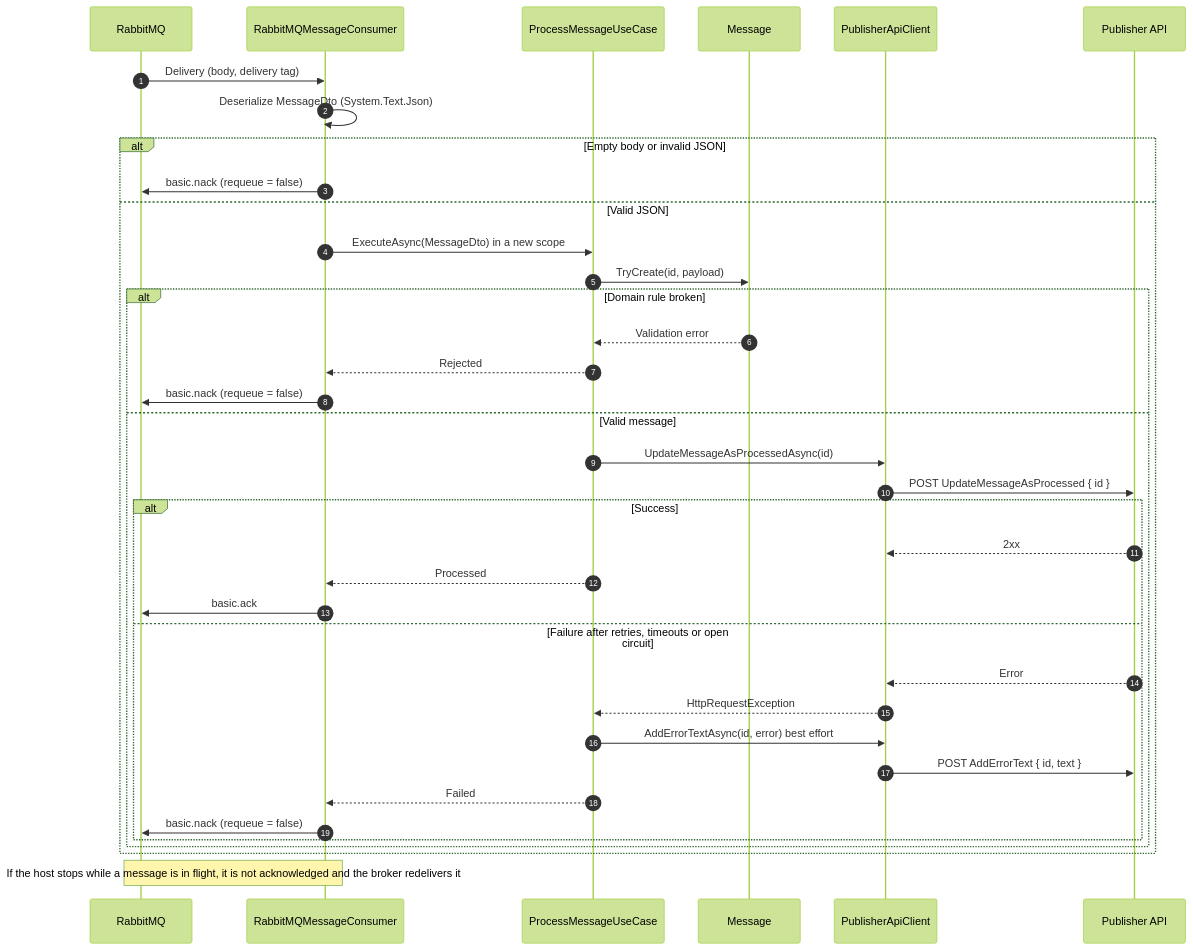
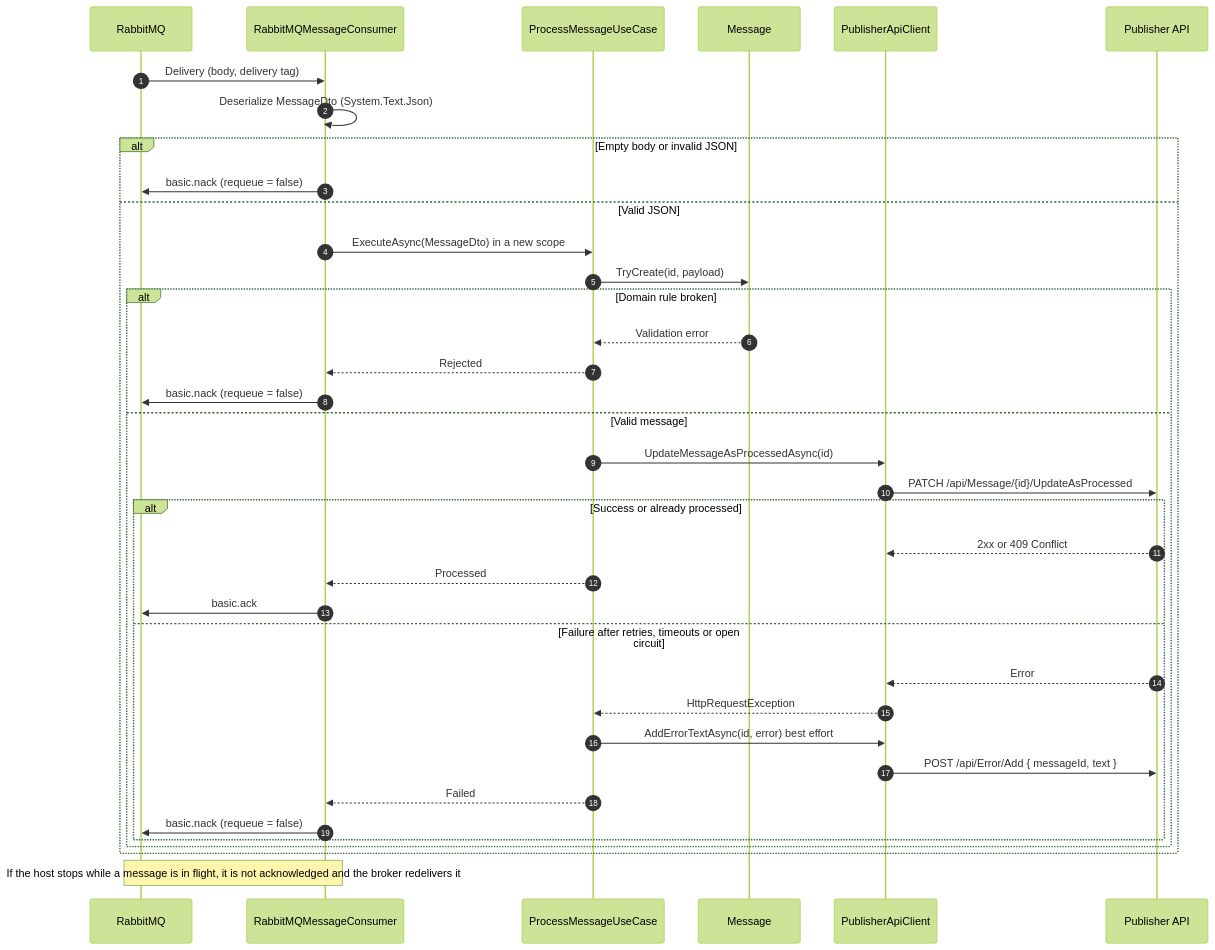
Before and after one commit to Judamaro/rabbitmqconsumer-dotnet: the third of 5 diagrams in README.md, drawn with Mermaid (forest theme). The commit also changed other lines of this file and 11 other files, not shown here.

````diff
--- a/README.md
+++ b/README.md
@@ -68,40 +76,40 @@
 ```mermaid
 sequenceDiagram
     autonumber
     participant Broker as RabbitMQ
     participant Consumer as RabbitMQMessageConsumer
     participant UseCase as ProcessMessageUseCase
     participant Domain as Message
     participant Client as PublisherApiClient
     participant Api as Publisher API
 
     Broker->>Consumer: Delivery (body, delivery tag)
     Consumer->>Consumer: Deserialize MessageDto (System.Text.Json)
     alt Empty body or invalid JSON
         Consumer->>Broker: basic.nack (requeue = false)
     else Valid JSON
         Consumer->>UseCase: ExecuteAsync(MessageDto) in a new scope
         UseCase->>Domain: TryCreate(id, payload)
         alt Domain rule broken
             Domain-->>UseCase: Validation error
             UseCase-->>Consumer: Rejected
             Consumer->>Broker: basic.nack (requeue = false)
         else Valid message
             UseCase->>Client: UpdateMessageAsProcessedAsync(id)
-            Client->>Api: POST UpdateMessageAsProcessed { id }
-            alt Success
-                Api-->>Client: 2xx
+            Client->>Api: PATCH /api/Message/{id}/UpdateAsProcessed
+            alt Success or already processed
+                Api-->>Client: 2xx or 409 Conflict
                 UseCase-->>Consumer: Processed
                 Consumer->>Broker: basic.ack
             else Failure after retries, timeouts or open circuit
                 Api-->>Client: Error
                 Client-->>UseCase: HttpRequestException
                 UseCase->>Client: AddErrorTextAsync(id, error) best effort
-                Client->>Api: POST AddErrorText { id, text }
+                Client->>Api: POST /api/Error/Add { messageId, text }
                 UseCase-->>Consumer: Failed
                 Consumer->>Broker: basic.nack (requeue = false)
             end
         end
     end
     Note over Consumer,Broker: If the host stops while a message is in flight, it is not acknowledged and the broker redelivers it
 ```
````
